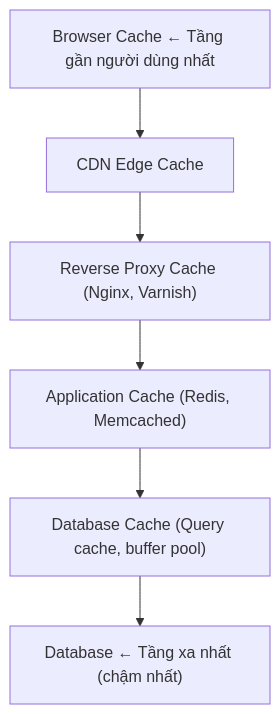
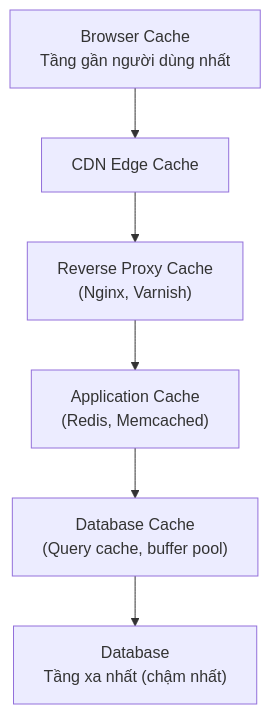
One commit to Mrnobody102/it-interview-prep changed the diagram in src/content/vi/he-thong/caching-cdn.md. Above: the diagram before and after it, drawn with Mermaid. The commit also changed other lines of this file and 62 other files, not shown here.

````diff
--- a/src/content/vi/he-thong/caching-cdn.md
+++ b/src/content/vi/he-thong/caching-cdn.md
@@ -13,10 +11,10 @@
 ```mermaid
 flowchart TD
-    B["Browser Cache ← Tầng gần người dùng nhất"]
+    B["Browser Cache<br>Tầng gần người dùng nhất"]
     CDN["CDN Edge Cache"]
-    RP["Reverse Proxy Cache (Nginx, Varnish)"]
-    AC["Application Cache (Redis, Memcached)"]
-    DB_C["Database Cache (Query cache, buffer pool)"]
-    DB["Database ← Tầng xa nhất (chậm nhất)"]
+    RP["Reverse Proxy Cache<br>(Nginx, Varnish)"]
+    AC["Application Cache<br>(Redis, Memcached)"]
+    DB_C["Database Cache<br>(Query cache, buffer pool)"]
+    DB["Database<br>Tầng xa nhất (chậm nhất)"]
     B --> CDN --> RP --> AC --> DB_C --> DB
 ```
````
